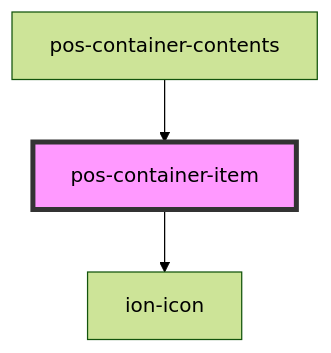
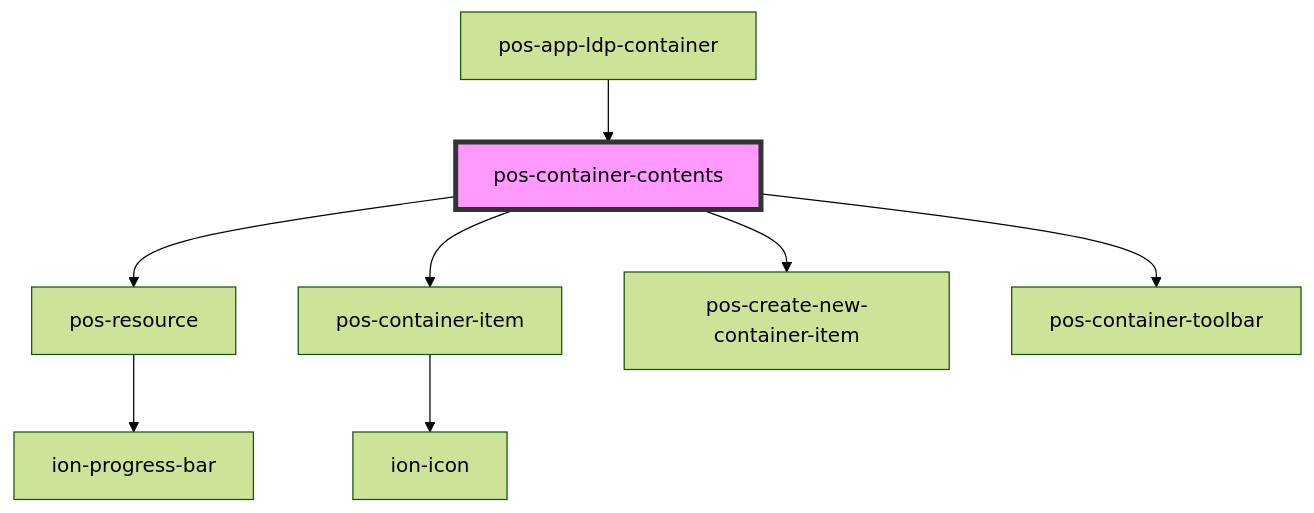
The diagram in docs/elements/components/pos-container-contents/readme.md (pod-os/PodOS), drawn with Mermaid (forest theme) before and after one commit. The commit also changed other lines of this file and 6 other files, not shown here.

````diff
--- a/docs/elements/components/pos-container-contents/readme.md
+++ b/docs/elements/components/pos-container-contents/readme.md
@@ -25,6 +27,11 @@
 ```mermaid
 graph TD;
+  pos-container-contents --> pos-resource
+  pos-container-contents --> pos-container-item
+  pos-container-contents --> pos-create-new-container-item
+  pos-container-contents --> pos-container-toolbar
+  pos-resource --> ion-progress-bar
   pos-container-item --> ion-icon
-  pos-container-contents --> pos-container-item
-  style pos-container-item fill:#f9f,stroke:#333,stroke-width:4px
+  pos-app-ldp-container --> pos-container-contents
+  style pos-container-contents fill:#f9f,stroke:#333,stroke-width:4px
 ```
````
